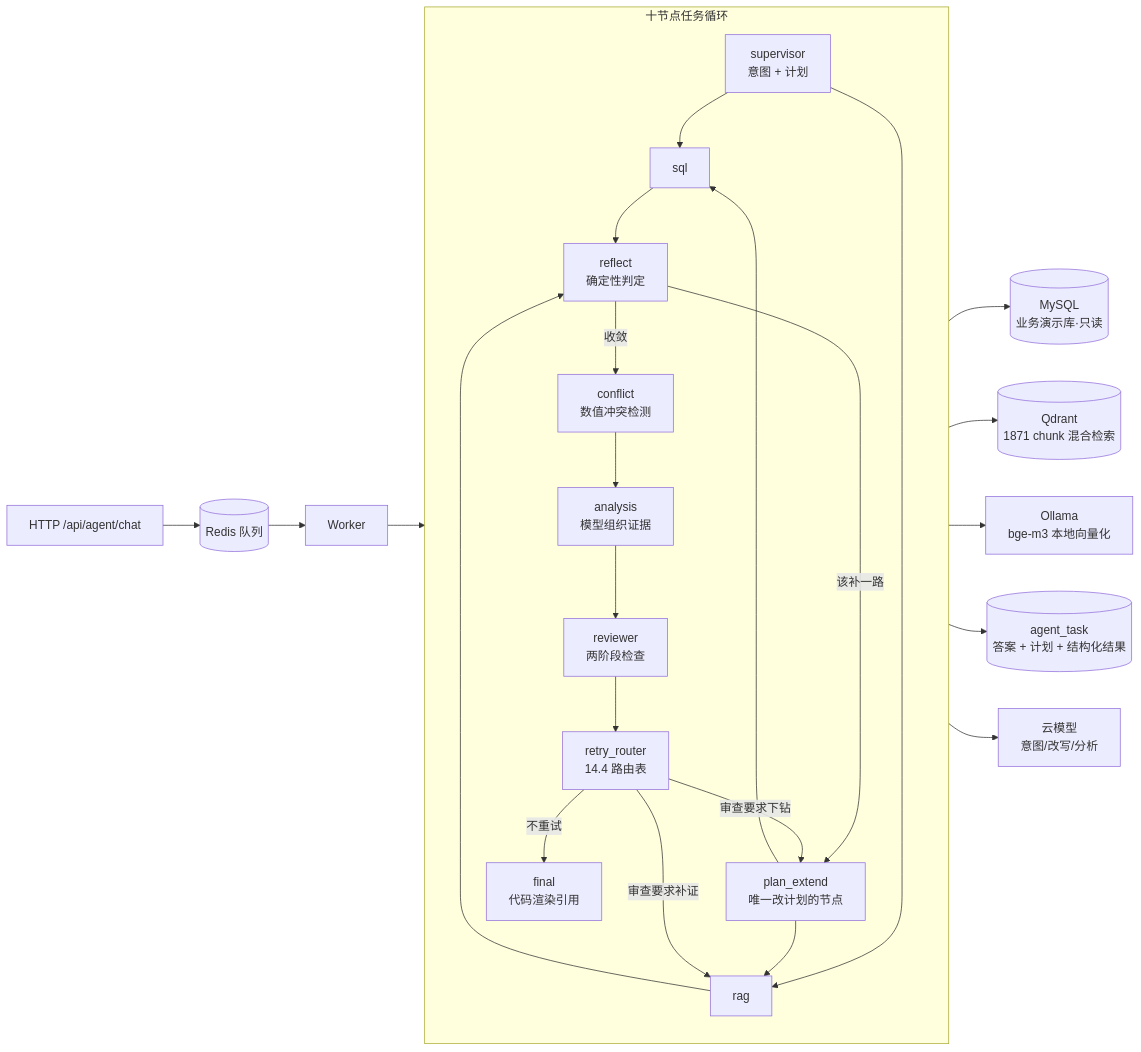
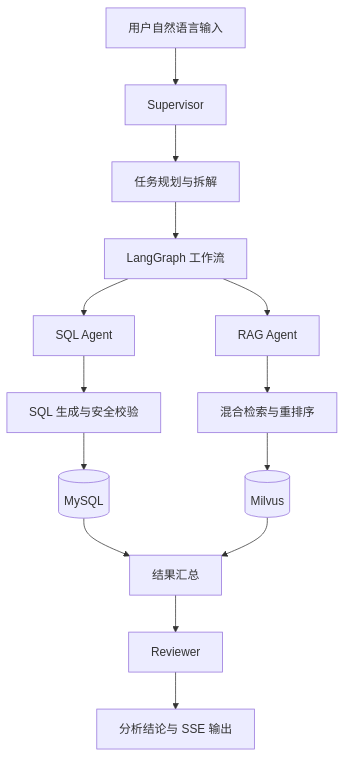
The diagram in README.md (zhaofuchen99/enterprise-agent), drawn with Mermaid before and after one commit. The commit also changed other lines of this file, not shown here.

````diff
--- a/README.md
+++ b/README.md
@@ -74,30 +36,20 @@
 ```mermaid
-flowchart LR
-    A[HTTP /api/agent/chat] --> B[(Redis 队列)]
-    B --> C[Worker]
-    C --> D{{最小 Graph}}
+flowchart TD
+    A[用户自然语言输入] --> B[Supervisor]
+    B --> C[任务规划与拆解]
+    C --> D[LangGraph 工作流]
 
-    subgraph D [十节点任务循环]
-        direction TB
-        S[supervisor<br/>意图 + 计划] --> T1[sql]
-        S --> T2[rag]
-        T1 --> R[reflect<br/>确定性判定]
-        T2 --> R
-        R -->|该补一路| PE[plan_extend<br/>唯一改计划的节点]
-        PE --> T1
-        PE --> T2
-        R -->|收敛| F[conflict<br/>数值冲突检测]
-        F --> AN[analysis<br/>模型组织证据]
-        AN --> RV[reviewer<br/>两阶段检查]
-        RV --> RR[retry_router<br/>14.4 路由表]
-        RR -->|审查要求补证| T2
-        RR -->|审查要求下钻| PE
-        RR -->|不重试| FI[final<br/>代码渲染引用]
-    end
+    D --> E[SQL Agent]
+    D --> F[RAG Agent]
 
-    T1 --> M[(MySQL<br/>业务演示库·只读)]
-    T2 --> Q[(Qdrant<br/>1871 chunk 混合检索)]
-    T2 --> O[Ollama<br/>bge-m3 本地向量化]
-    D --> G[云模型<br/>意图/改写/分析]
-    FI --> E[(agent_task<br/>答案 + 计划 + 结构化结果)]
+    E --> G[SQL 生成与安全校验]
+    G --> H[(MySQL)]
+
+    F --> I[混合检索与重排序]
+    I --> J[(Milvus)]
+
+    H --> K[结果汇总]
+    J --> K
+    K --> L[Reviewer]
+    L --> M[分析结论与 SSE 输出]
 ```
````
